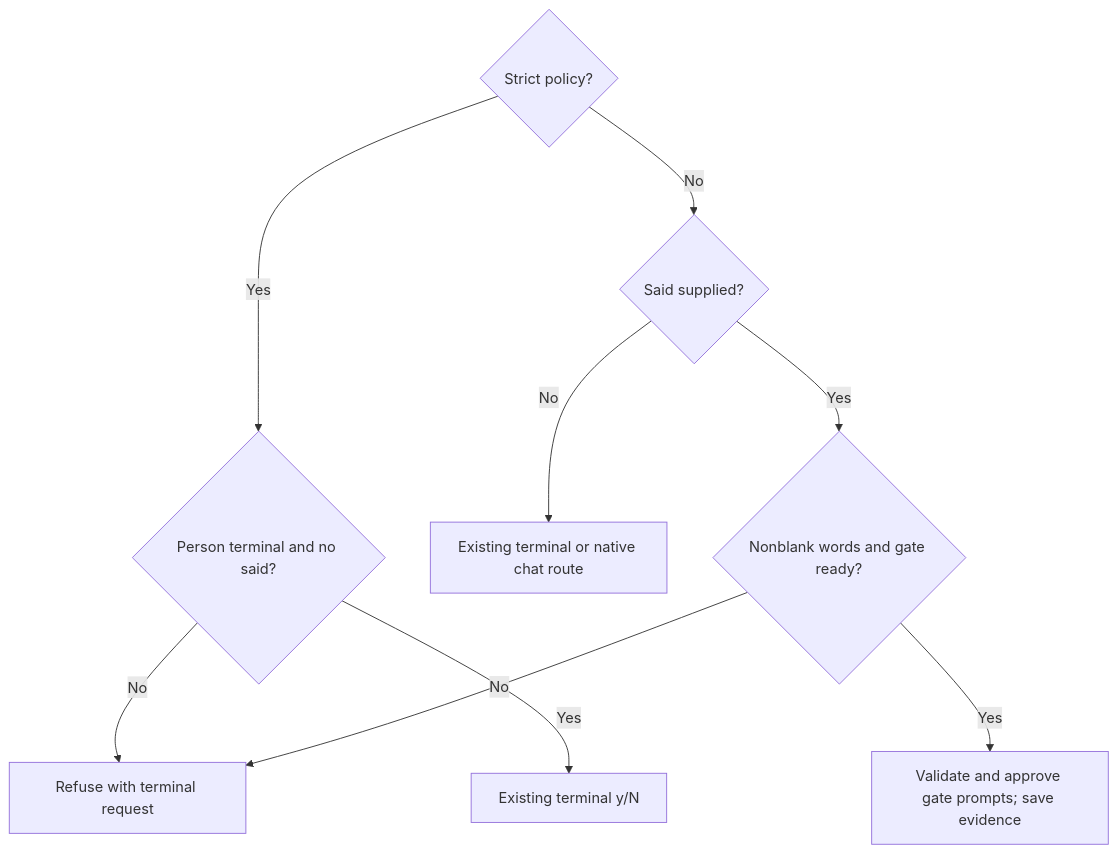
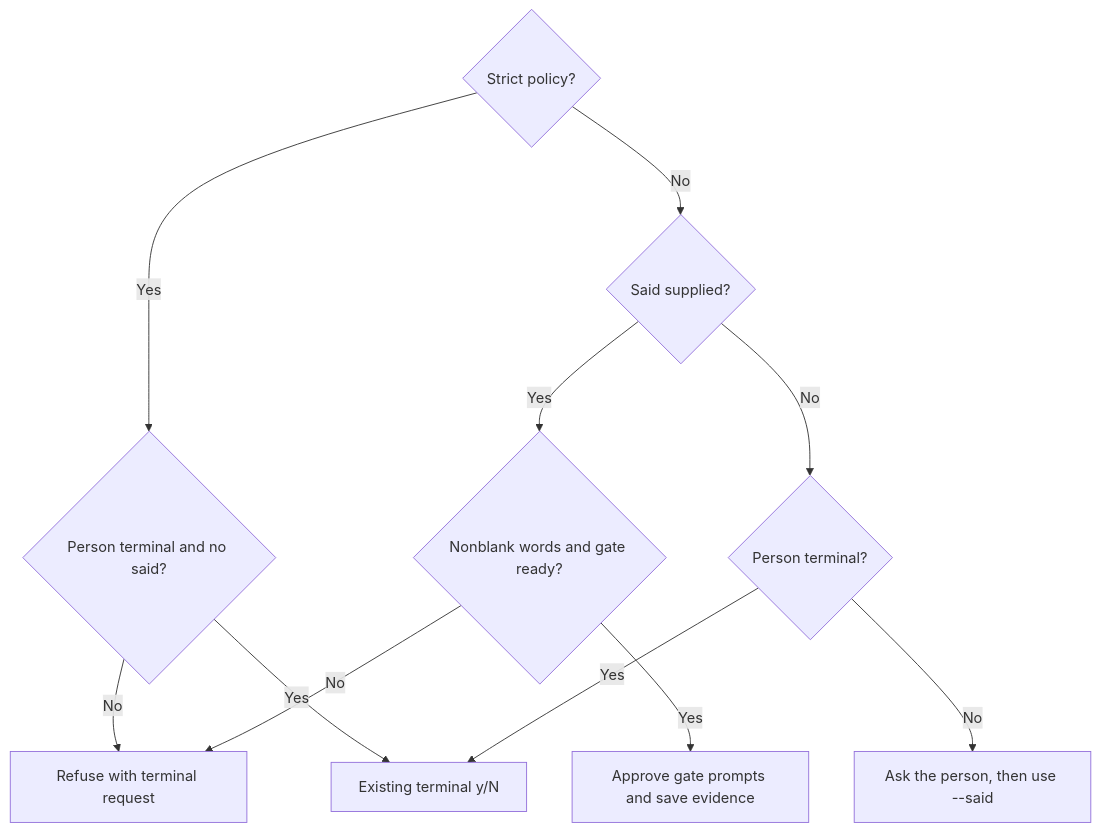
One commit to promptdriven/pdd changed the diagram in prompts/cli/workflow-runner.prompt.md. Above: the diagram before and after it, drawn with Mermaid. The commit also changed other lines of this file and 9 other files, not shown here.

````diff
--- a/prompts/cli/workflow-runner.prompt.md
+++ b/prompts/cli/workflow-runner.prompt.md
@@ -47,11 +47,13 @@
 ```mermaid
 flowchart TD
     P{Strict policy?} -->|Yes| T{Person terminal and no said?}
     T -->|No| R[Refuse with terminal request]
     T -->|Yes| Y[Existing terminal y/N]
     P -->|No| S{Said supplied?}
-    S -->|No| L[Existing terminal or native chat route]
     S -->|Yes| G{Nonblank words and gate ready?}
     G -->|No| R
-    G -->|Yes| B[Validate and approve gate prompts; save evidence]
+    G -->|Yes| B[Approve gate prompts and save evidence]
+    S -->|No| U{Person terminal?}
+    U -->|Yes| Y
+    U -->|No| A[Ask the person, then use --said]
 ```
````
